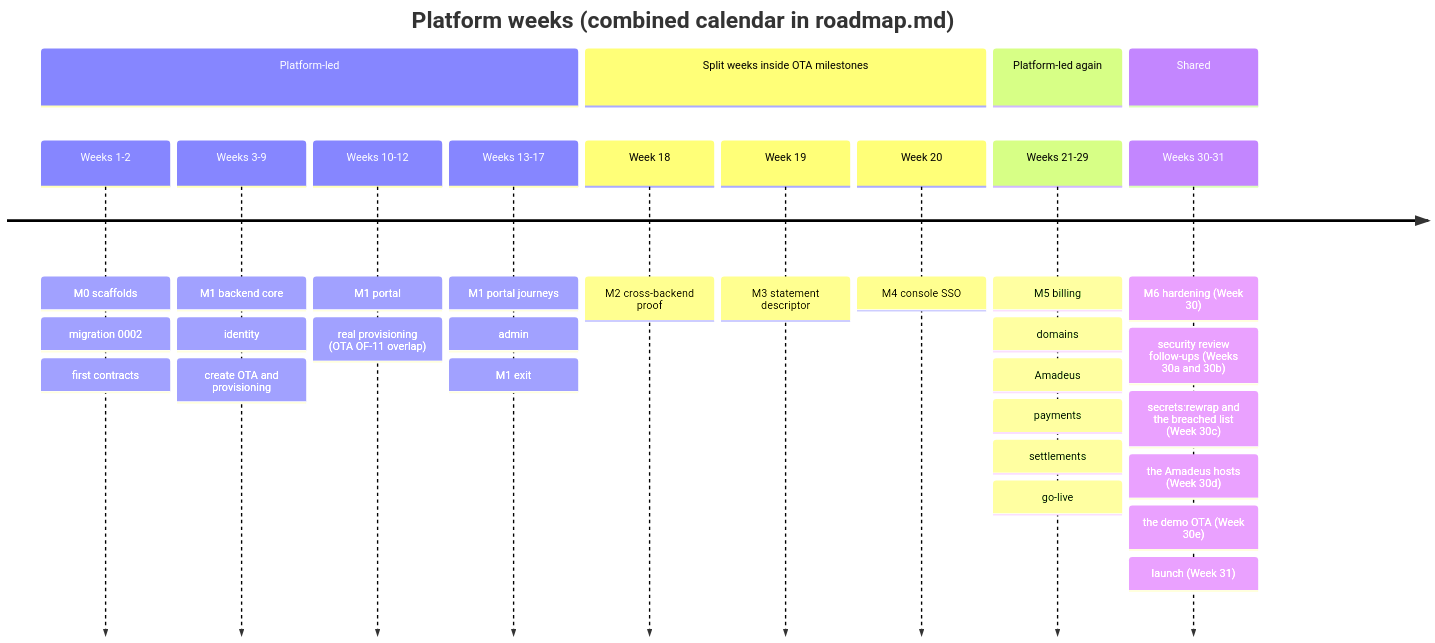
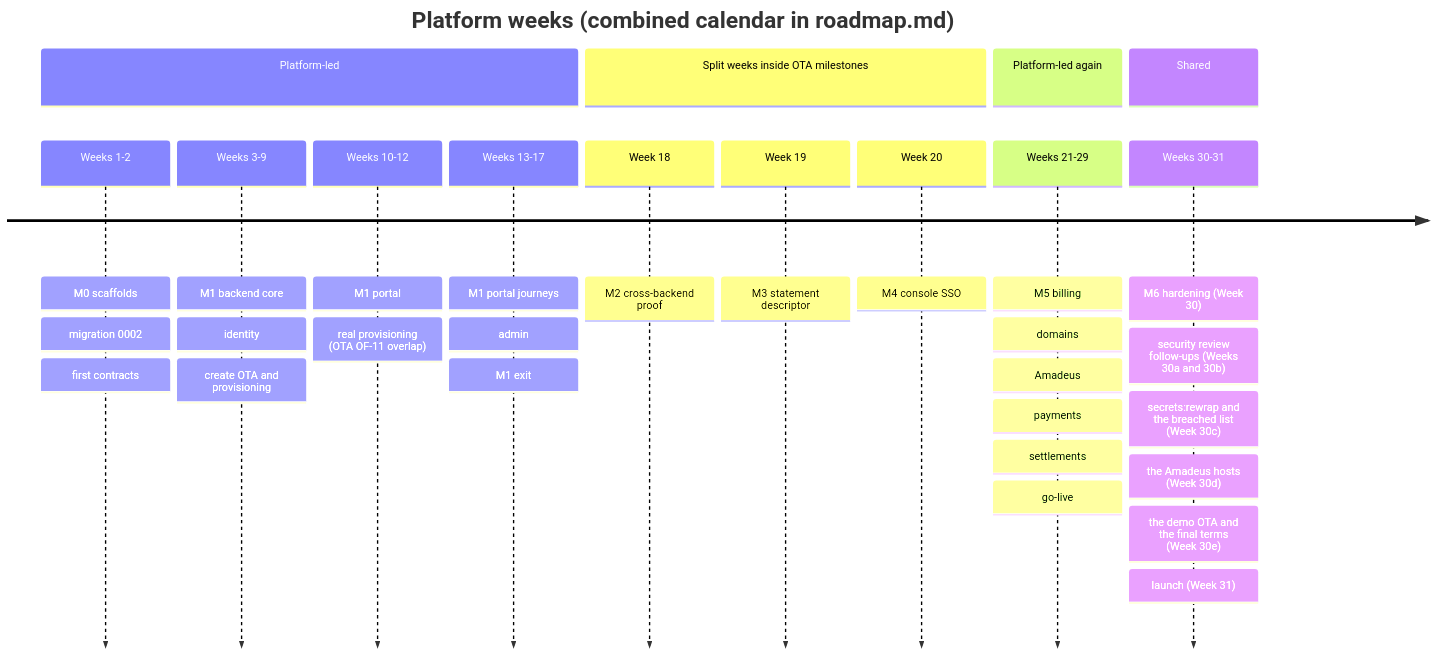
One commit to bhagwati-prasad/velexis-ota changed the diagram in platform/docs/plans/solo-developer-plan.md. Above: the diagram before and after it, drawn with Mermaid. The commit also changed other lines of this file and 15 other files, not shown here.

````diff
--- a/platform/docs/plans/solo-developer-plan.md
+++ b/platform/docs/plans/solo-developer-plan.md
@@ -63,17 +63,17 @@
 ```mermaid
 timeline
   title Platform weeks (combined calendar in roadmap.md)
   section Platform-led
     Weeks 1-2 : M0 scaffolds : migration 0002 : first contracts
     Weeks 3-9 : M1 backend core : identity : create OTA and provisioning
     Weeks 10-12 : M1 portal : real provisioning (OTA OF-11 overlap)
     Weeks 13-17 : M1 portal journeys : admin : M1 exit
   section Split weeks inside OTA milestones
     Week 18 : M2 cross-backend proof
     Week 19 : M3 statement descriptor
     Week 20 : M4 console SSO
   section Platform-led again
     Weeks 21-29 : M5 billing : domains : Amadeus : payments : settlements : go-live
   section Shared
-    Weeks 30-31 : M6 hardening (Week 30) : security review follow-ups (Weeks 30a and 30b) : secrets:rewrap and the breached list (Week 30c) : the Amadeus hosts (Week 30d) : the demo OTA (Week 30e) : launch (Week 31)
+    Weeks 30-31 : M6 hardening (Week 30) : security review follow-ups (Weeks 30a and 30b) : secrets:rewrap and the breached list (Week 30c) : the Amadeus hosts (Week 30d) : the demo OTA and the final terms (Week 30e) : launch (Week 31)
 ```
````
